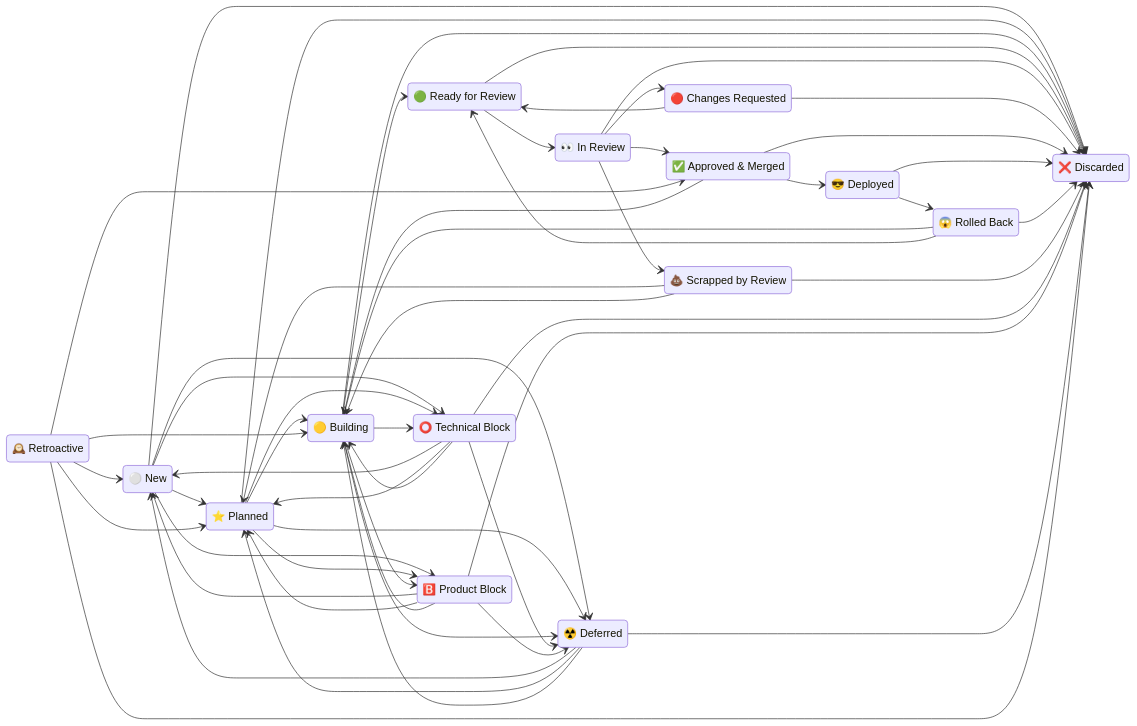
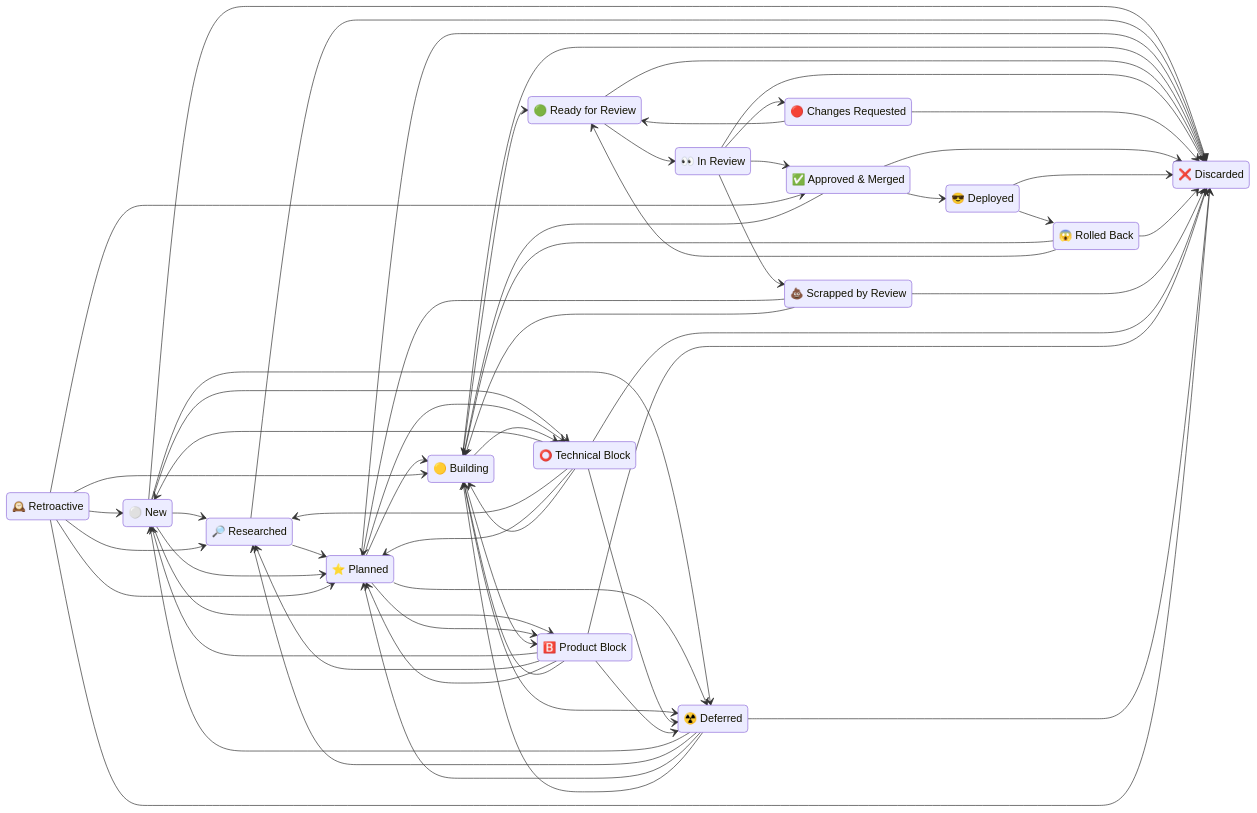
One commit to kigster/agentilda-ai-setup changed the diagram in context/feature-building/spec-plan-build.md. Above: the diagram before and after it, drawn with Mermaid. The commit also changed other lines of this file and 8 other files, not shown here.

````diff
--- a/context/feature-building/spec-plan-build.md
+++ b/context/feature-building/spec-plan-build.md
@@ -114,73 +116,81 @@
 ```mermaid
 stateDiagram-v2
     direction LR
     new : ⚪️ New
+    researched : 🔎 Researched
     planned : ⭐️ Planned
     building : 🟡 Building
     ready_for_review : 🟢 Ready for Review
     in_review : 👀 In Review
     rejected : 🔴 Changes Requested
     approved : ✅ Approved & Merged
     deployed : 😎 Deployed
     rolled_back : 😱 Rolled Back
     shit : 💩 Scrapped by Review
     blocked : ⭕️ Technical Block
     product_blocked : 🅱️ Product Block
     deferred : ☢️ Deferred
     retroactive : 🕰️ Retroactive
     discarded : ❌ Discarded
 
     retroactive --> new
     blocked --> new
     product_blocked --> new
     deferred --> new
+    new --> researched
+    retroactive --> researched
+    blocked --> researched
+    product_blocked --> researched
+    deferred --> researched
+    researched --> planned
     new --> planned
     retroactive --> planned
     shit --> planned
     blocked --> planned
     product_blocked --> planned
     deferred --> planned
     planned --> building
     shit --> building
     approved --> building
     rolled_back --> building
     retroactive --> building
     blocked --> building
     product_blocked --> building
     deferred --> building
     building --> ready_for_review
     rejected --> ready_for_review
     rolled_back --> ready_for_review
     ready_for_review --> in_review
     in_review --> approved
     retroactive --> approved
     in_review --> rejected
     in_review --> shit
     approved --> deployed
     deployed --> rolled_back
     new --> blocked
     planned --> blocked
     building --> blocked
     new --> product_blocked
     planned --> product_blocked
     building --> product_blocked
     new --> deferred
     planned --> deferred
     building --> deferred
     blocked --> deferred
     product_blocked --> deferred
     new --> discarded
+    researched --> discarded
     planned --> discarded
     building --> discarded
     ready_for_review --> discarded
     in_review --> discarded
     rejected --> discarded
     approved --> discarded
     deployed --> discarded
     rolled_back --> discarded
     shit --> discarded
     blocked --> discarded
     product_blocked --> discarded
     deferred --> discarded
     retroactive --> discarded
 ```
````
